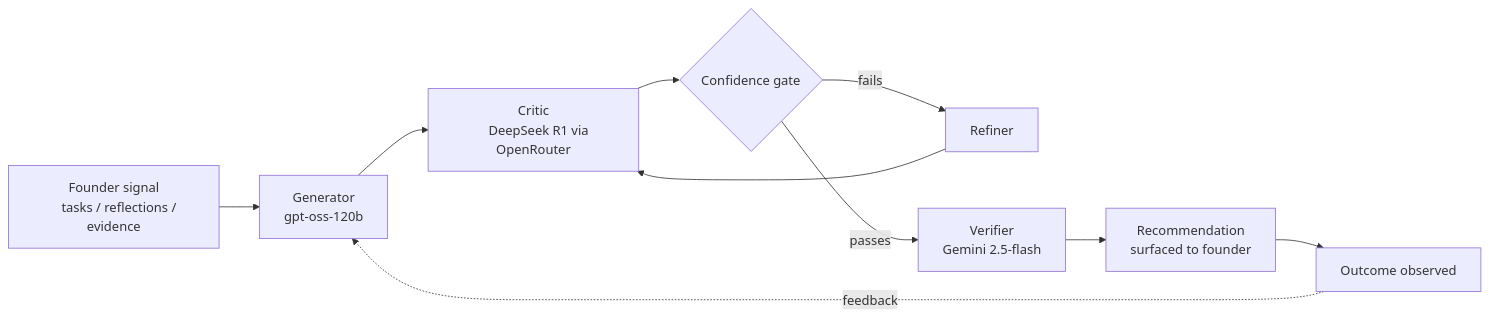
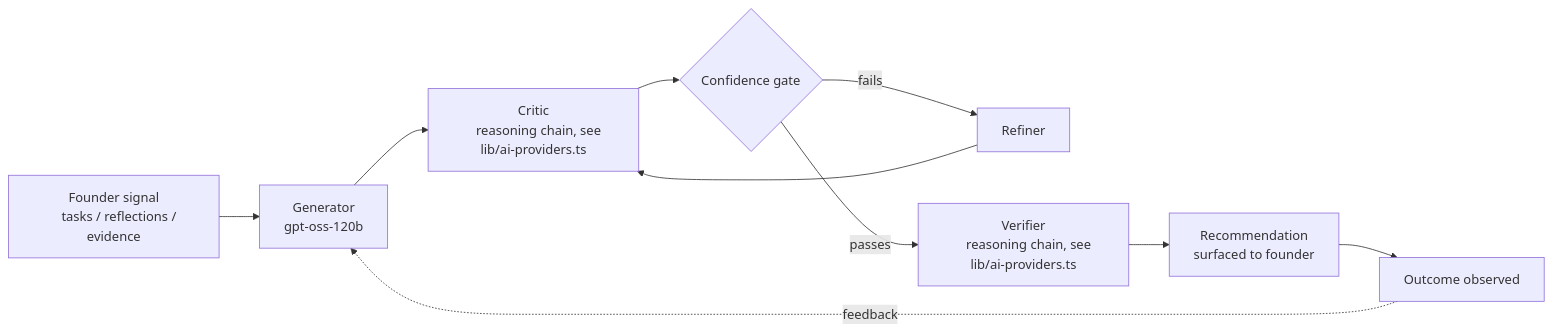
One commit to eabemp1/BuildMind changed the diagram in README.md. Above: the diagram before and after it, drawn with Mermaid. The commit also changed other lines of this file and 10 other files, not shown here.

````diff
--- a/README.md
+++ b/README.md
@@ -17,17 +17,17 @@
 ```mermaid
 flowchart LR
     A[Founder signal
     tasks / reflections / evidence] --> B[Generator
     gpt-oss-120b]
     B --> C[Critic
-    DeepSeek R1 via OpenRouter]
+    reasoning chain, see lib/ai-providers.ts]
     C --> D{Confidence gate}
     D -- fails --> E[Refiner]
     E --> C
     D -- passes --> F[Verifier
-    Gemini 2.5-flash]
+    reasoning chain, see lib/ai-providers.ts]
     F --> G[Recommendation
     surfaced to founder]
     G --> H[Outcome observed]
     H -.feedback.-> B
 ```
````
